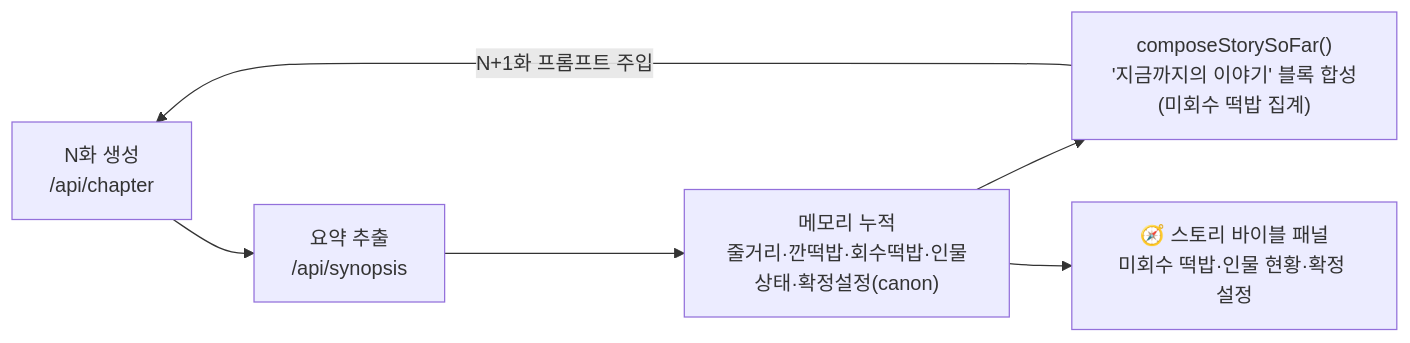
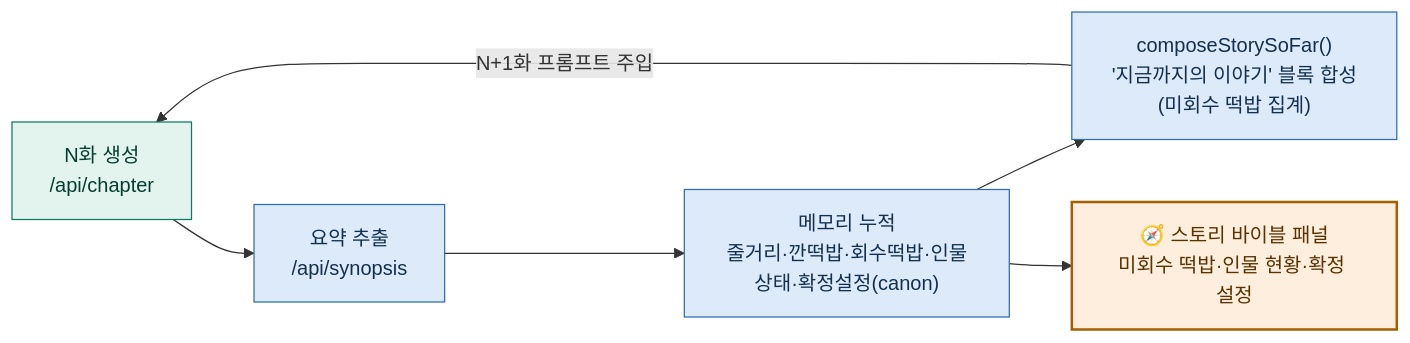
The fifth of 7 diagrams in README.md (swparklab/webnovel-ip-agent), drawn with Mermaid before and after one commit. The commit also changed other lines of this file, not shown here.

First line of the commit message:
docs: 워크플로우 도면 FIG.1~7에 계층별 색상(classDef) 적용

````diff
--- a/README.md
+++ b/README.md
@@ -147,8 +202,15 @@
 ```mermaid
 flowchart LR
     C1["N화 생성<br/>/api/chapter"] --> S["요약 추출<br/>/api/synopsis"]
     S --> M["메모리 누적<br/>줄거리·깐떡밥·회수떡밥·인물상태·확정설정(canon)"]
     M --> CS["composeStorySoFar()<br/>'지금까지의 이야기' 블록 합성(미회수 떡밥 집계)"]
     CS -->|"N+1화 프롬프트 주입"| C1
     M --> UI["🧭 스토리 바이블 패널<br/>미회수 떡밥·인물 현황·확정 설정"]
+
+    classDef gen fill:#e3f4ee,stroke:#0c7b63,color:#063d31
+    classDef mem fill:#dceafa,stroke:#2f6db0,color:#13314f
+    classDef panel fill:#fdeede,stroke:#a55f00,stroke-width:2px,color:#5a3300
+    class C1 gen
+    class S,M,CS mem
+    class UI panel
 ```
````
